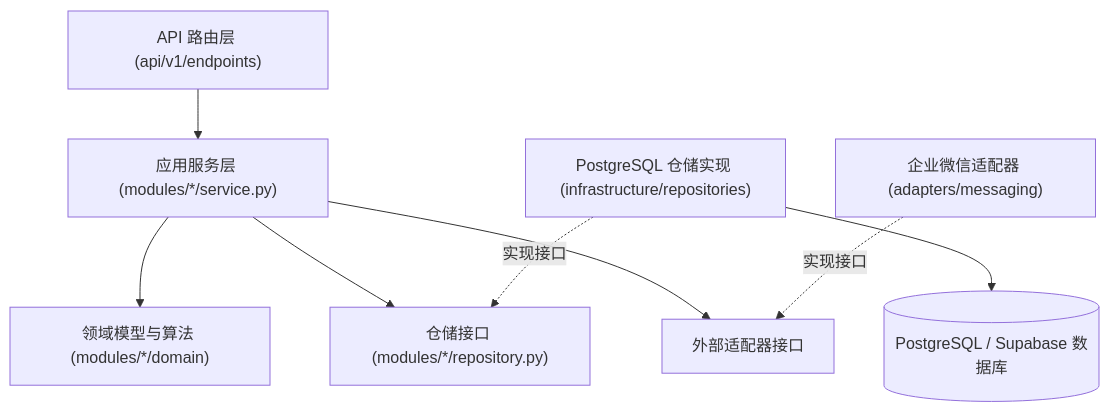
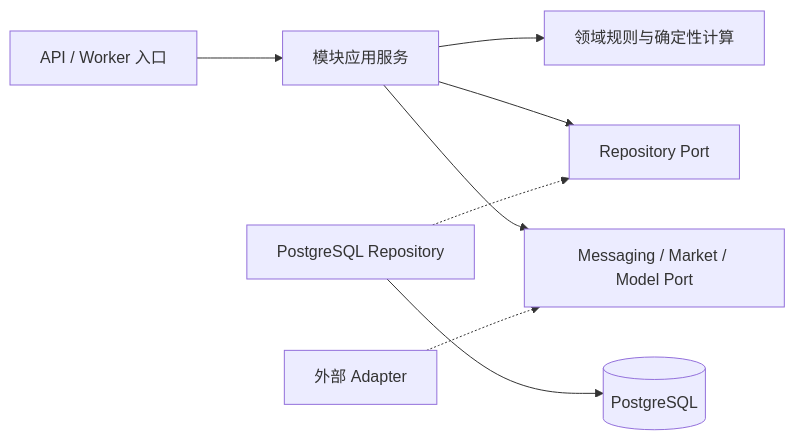
One commit to sinojelly/wealthsail changed the second of 6 diagrams in docs/10.WealthSail-MVP前后端实现与系统部署规范.md. Above: the diagram before and after it, drawn with Mermaid. The commit also changed other lines of this file and 1 other file, not shown here.

````diff
--- a/docs/10.WealthSail-MVP前后端实现与系统部署规范.md
+++ b/docs/10.WealthSail-MVP前后端实现与系统部署规范.md
@@ -120,10 +281,10 @@
 ```mermaid
-flowchart TD
-    API["API 路由层 (api/v1/endpoints)"] --> AppService["应用服务层 (modules/*/service.py)"]
-    AppService --> Domain["领域模型与算法 (modules/*/domain)"]
-    AppService --> RepoInterface["仓储接口 (modules/*/repository.py)"]
-    RepoImpl["PostgreSQL 仓储实现 (infrastructure/repositories)"] -.->|实现接口| RepoInterface
-    AppService --> AdapterInterface["外部适配器接口"]
-    WeCom["企业微信适配器 (adapters/messaging)"] -.->|实现接口| AdapterInterface
-    RepoImpl --> DB[("PostgreSQL / Supabase 数据库")]
+flowchart LR
+    Route["API / Worker 入口"] --> Service["模块应用服务"]
+    Service --> Domain["领域规则与确定性计算"]
+    Service --> RepoPort["Repository Port"]
+    Service --> ExternalPort["Messaging / Market / Model Port"]
+    RepoImpl["PostgreSQL Repository"] -.-> RepoPort
+    Adapter["外部 Adapter"] -.-> ExternalPort
+    RepoImpl --> DB[("PostgreSQL")]
 ```
````
